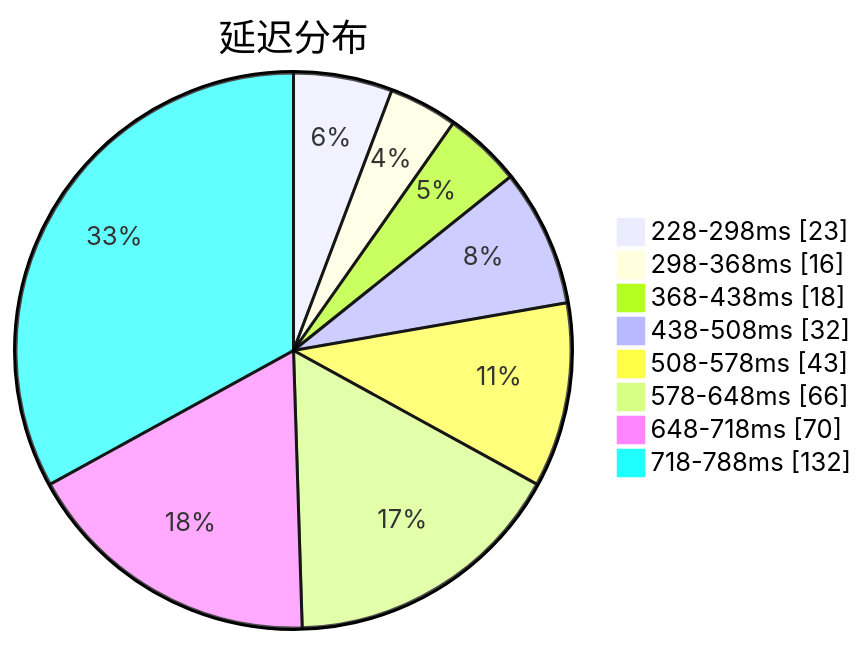
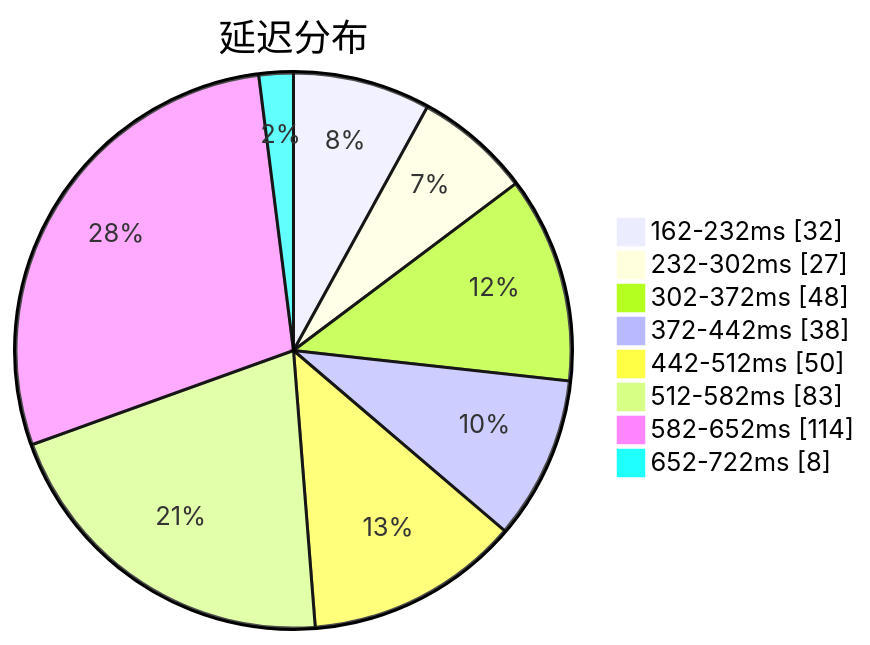
Before and after one commit to qjlxg/airport: the first of 3 diagrams in subs/statistics/tested_within.md, drawn with Mermaid. The commit also changed other lines of this file and 2 other files, not shown here.

````diff
--- a/subs/statistics/tested_within.md
+++ b/subs/statistics/tested_within.md
@@ -2,12 +2,12 @@
 ```mermaid
 pie showData
 title 延迟分布
-"228-298ms" : 23
-"298-368ms" : 16
-"368-438ms" : 18
-"438-508ms" : 32
-"508-578ms" : 43
-"578-648ms" : 66
-"648-718ms" : 70
-"718-788ms" : 132
+"162-232ms" : 32
+"232-302ms" : 27
+"302-372ms" : 48
+"372-442ms" : 38
+"442-512ms" : 50
+"512-582ms" : 83
+"582-652ms" : 114
+"652-722ms" : 8
 ```
````
